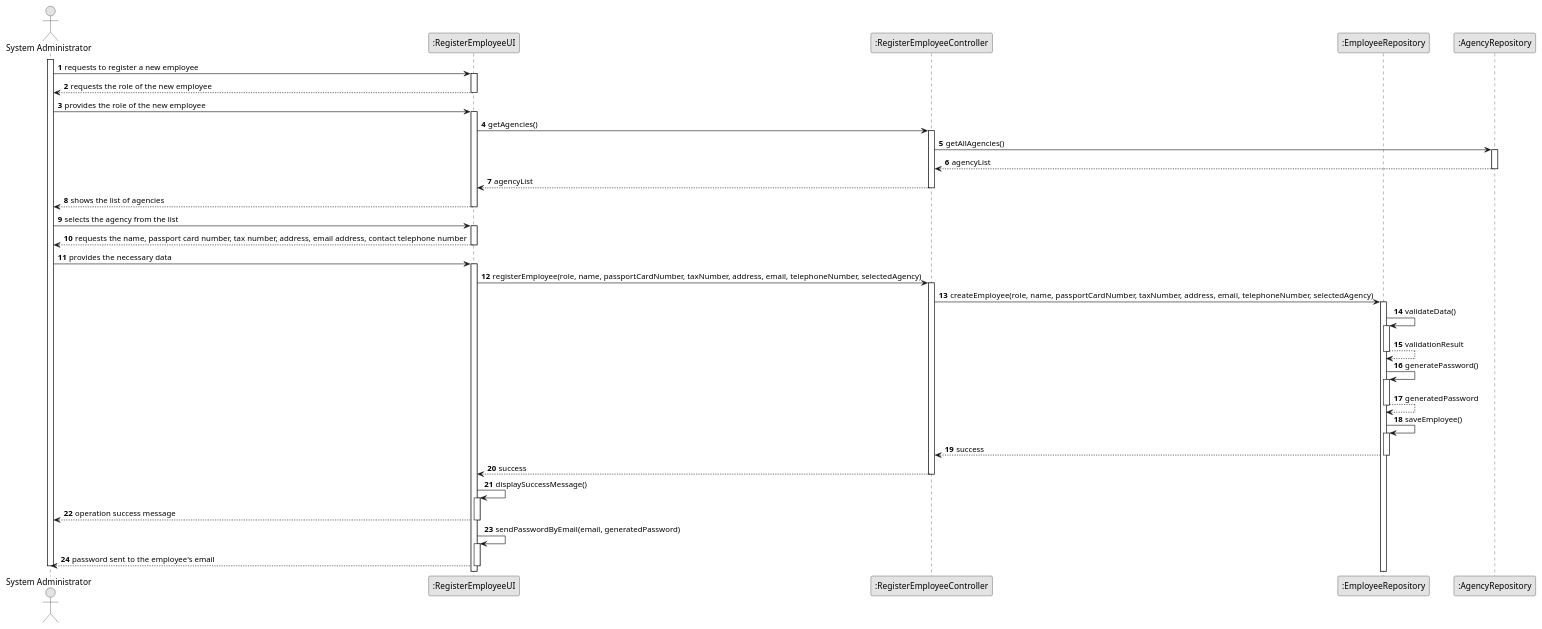
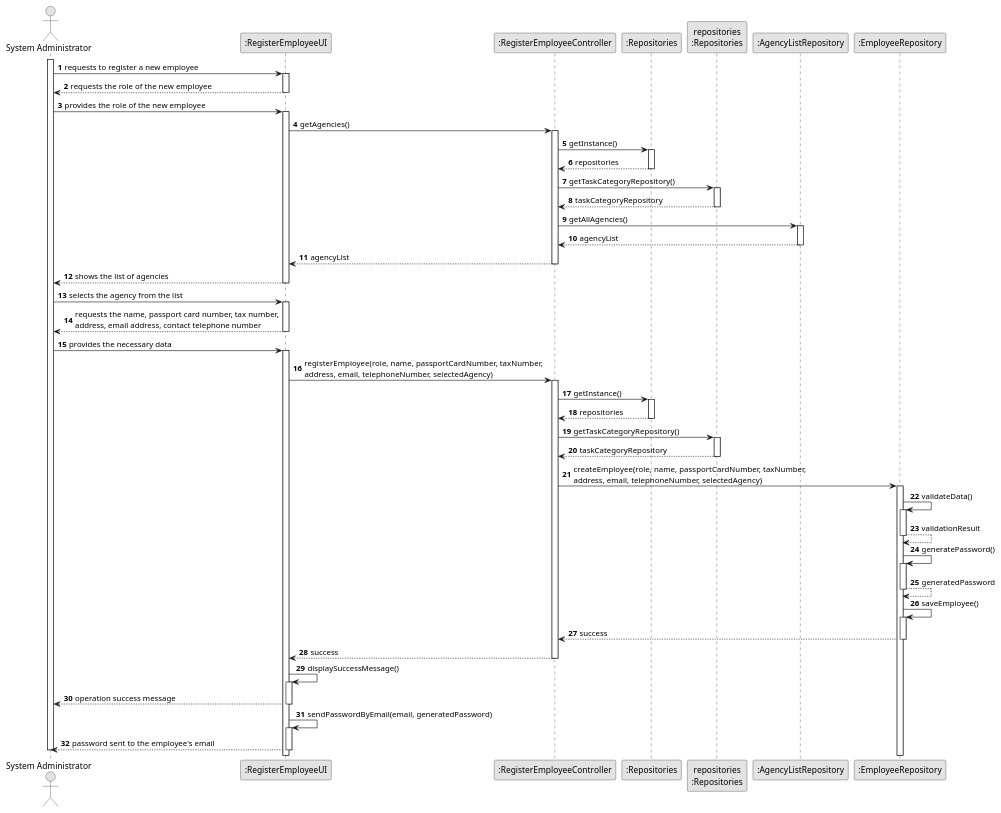
The diagram in docs/sprintB/us003/03.design/puml/us003-sequence-diagram-full.puml (Goncalves2525/real-estate-management-system), drawn with PlantUML before and after one commit. The commit also changed 7 other files, not shown here.

```diff
--- a/docs/sprintB/us003/03.design/puml/us003-sequence-diagram-full.puml
+++ b/docs/sprintB/us003/03.design/puml/us003-sequence-diagram-full.puml
@@ -1,90 +1,116 @@
 @startuml
 skinparam monochrome true
 skinparam packageStyle rectangle
 skinparam shadowing false
 
 autonumber
 
 actor "System Administrator" as sysAdmin
 participant ":RegisterEmployeeUI" as UI
 participant ":RegisterEmployeeController" as CTRL
+participant ":Repositories" as RepositorySingleton
+participant "repositories\n:Repositories" as PLAT
+participant ":AgencyListRepository" as AgencyRepo
 participant ":EmployeeRepository" as EmployeeRepo
-participant ":AgencyRepository" as AgencyRepo
 
 activate sysAdmin
 
 sysAdmin -> UI : requests to register a new employee
 activate UI
 
 UI --> sysAdmin : requests the role of the new employee
 deactivate UI
 
 sysAdmin -> UI : provides the role of the new employee
 activate UI
 
 UI -> CTRL : getAgencies()
 activate CTRL
+
+CTRL -> RepositorySingleton : getInstance()
+activate RepositorySingleton
+
+RepositorySingleton --> CTRL: repositories
+deactivate RepositorySingleton
+
+CTRL -> PLAT : getTaskCategoryRepository()
+activate PLAT
+
+PLAT --> CTRL: taskCategoryRepository
+deactivate PLAT
 
 CTRL -> AgencyRepo : getAllAgencies()
 activate AgencyRepo
 
 AgencyRepo --> CTRL : agencyList
 deactivate AgencyRepo
 
 CTRL --> UI : agencyList
 deactivate CTRL
 
 UI --> sysAdmin : shows the list of agencies
 deactivate UI
 
 sysAdmin -> UI : selects the agency from the list
 activate UI
 
-UI --> sysAdmin : requests the name, passport card number, tax number, address, email address, contact telephone number
+UI --> sysAdmin : requests the name, passport card number, tax number,\naddress, email address, contact telephone number
 deactivate UI
 
 sysAdmin -> UI : provides the necessary data
 activate UI
 
-UI -> CTRL : registerEmployee(role, name, passportCardNumber, taxNumber, address, email, telephoneNumber, selectedAgency)
+UI -> CTRL : registerEmployee(role, name, passportCardNumber, taxNumber, \naddress, email, telephoneNumber, selectedAgency)
 activate CTRL
 
-CTRL -> EmployeeRepo : createEmployee(role, name, passportCardNumber, taxNumber, address, email, telephoneNumber, selectedAgency)
+CTRL -> RepositorySingleton : getInstance()
+activate RepositorySingleton
+
+RepositorySingleton --> CTRL: repositories
+deactivate RepositorySingleton
+
+CTRL -> PLAT : getTaskCategoryRepository()
+activate PLAT
+
+PLAT --> CTRL: taskCategoryRepository
+deactivate PLAT
+
+CTRL -> EmployeeRepo : createEmployee(role, name, passportCardNumber, taxNumber, \naddress, email, telephoneNumber, selectedAgency)
 activate EmployeeRepo
 
 EmployeeRepo -> EmployeeRepo : validateData()
 activate EmployeeRepo
 
 EmployeeRepo --> EmployeeRepo : validationResult
 deactivate EmployeeRepo
 
 EmployeeRepo -> EmployeeRepo : generatePassword()
 activate EmployeeRepo
 
 EmployeeRepo --> EmployeeRepo : generatedPassword
 deactivate EmployeeRepo
 
 EmployeeRepo -> EmployeeRepo : saveEmployee()
 activate EmployeeRepo
 
 EmployeeRepo --> CTRL : success
 deactivate EmployeeRepo
 
 CTRL --> UI : success
 deactivate CTRL
 
 UI -> UI : displaySuccessMessage()
 activate UI
 
 UI --> sysAdmin : operation success message
 deactivate UI
 
 UI -> UI : sendPasswordByEmail(email, generatedPassword)
 activate UI
 
 UI --> sysAdmin : password sent to the employee's email
 deactivate UI
 
 deactivate sysAdmin
 
 @enduml
```
